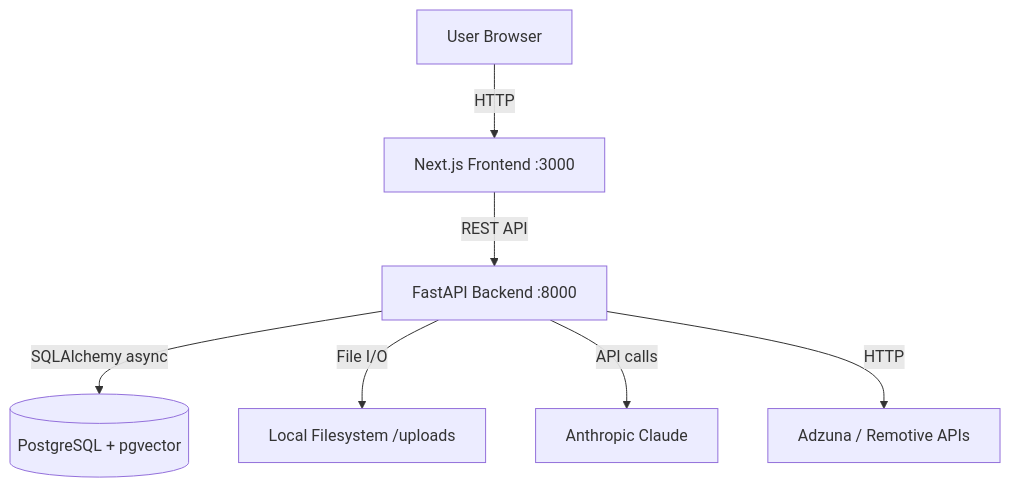
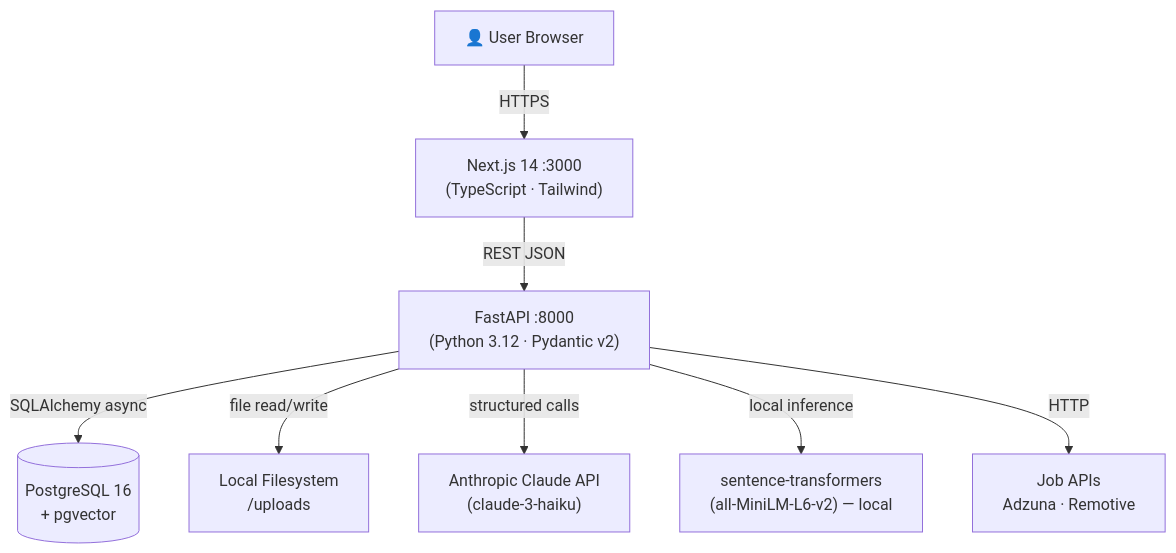
One commit to afrit-med-rayan/careerpilot-ai changed the first of 2 diagrams in README.md. Above: the diagram before and after it, drawn with Mermaid. The commit also changed other lines of this file and 1 other file, not shown here.

Commit message:
docs(phase6/step3): rewrite README with Mermaid diagrams, full API reference, setup guide, and phase tracker; update .env.example

````diff
--- a/README.md
+++ b/README.md
@@ -108,9 +36,19 @@
 ```mermaid
 graph TD
-    U[User Browser] -->|HTTP| FE[Next.js Frontend :3000]
-    FE -->|REST API| BE[FastAPI Backend :8000]
-    BE -->|SQLAlchemy async| DB[(PostgreSQL + pgvector)]
-    BE -->|File I/O| FS[Local Filesystem /uploads]
-    BE -->|API calls| LLM[Anthropic Claude]
-    BE -->|HTTP| JOB[Adzuna / Remotive APIs]
+    U["👤 User Browser"]
+    FE["Next.js 14 :3000\n(TypeScript · Tailwind)"]
+    BE["FastAPI :8000\n(Python 3.12 · Pydantic v2)"]
+    DB[("PostgreSQL 16\n+ pgvector")]
+    FS["Local Filesystem\n/uploads"]
+    LLM["Anthropic Claude API\n(claude-3-haiku)"]
+    EMB["sentence-transformers\n(all-MiniLM-L6-v2) — local"]
+    JOB["Job APIs\nAdzuna · Remotive"]
+
+    U -->|"HTTPS"| FE
+    FE -->|"REST JSON"| BE
+    BE -->|"SQLAlchemy async"| DB
+    BE -->|"file read/write"| FS
+    BE -->|"structured calls"| LLM
+    BE -->|"local inference"| EMB
+    BE -->|"HTTP"| JOB
 ```
````
